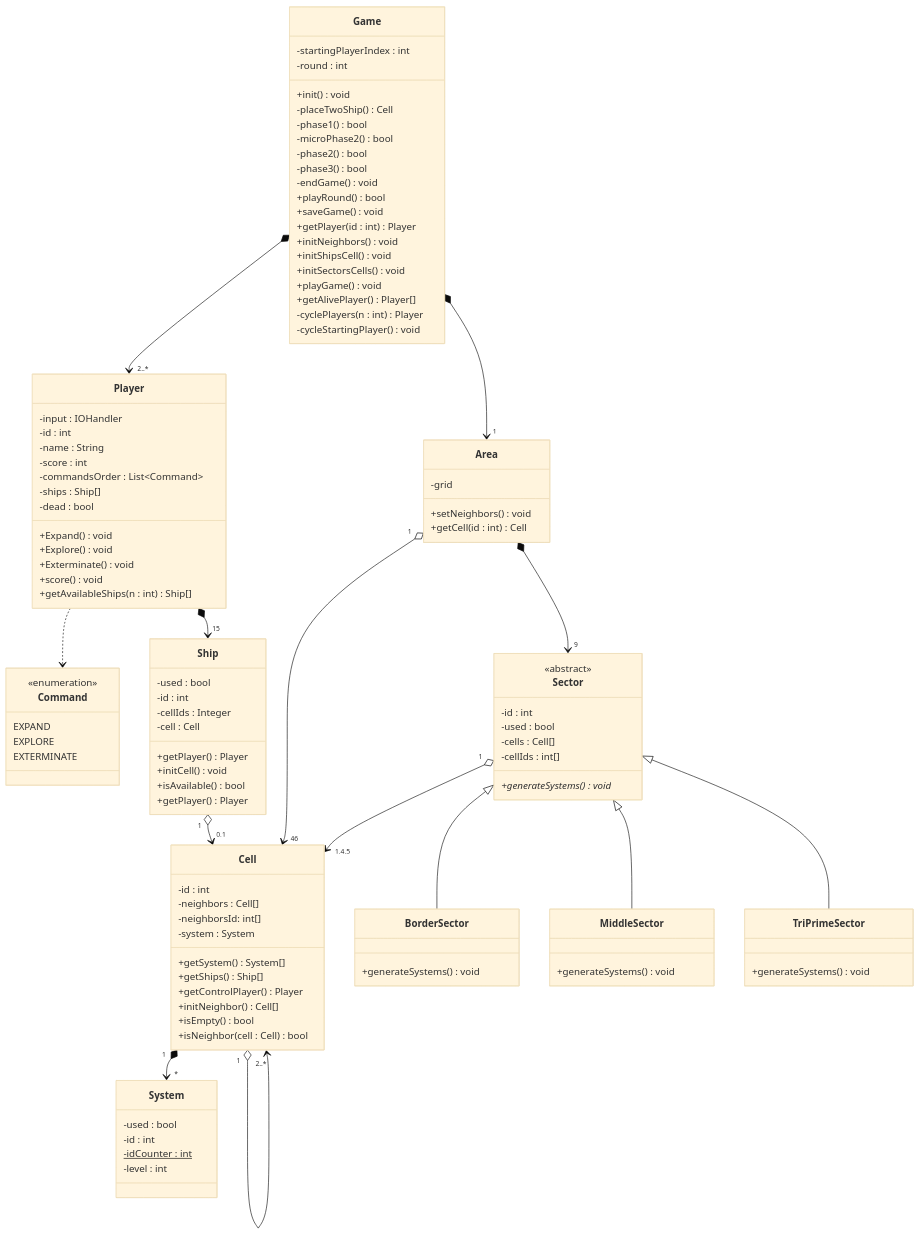
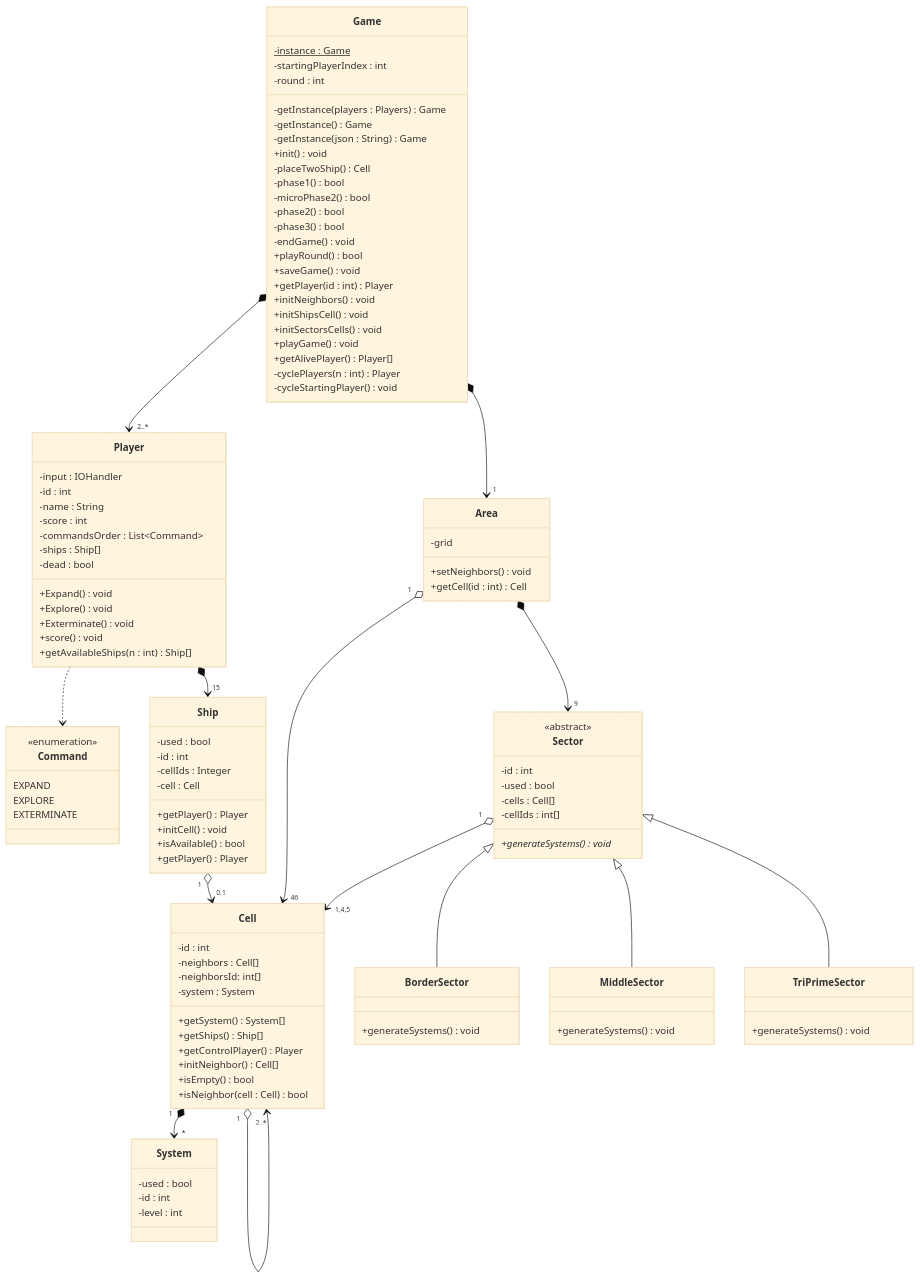
Before and after one commit to LeoCholvy/PocketImperium: the diagram in UML/class_soutenance.mermaid, drawn with Mermaid (base theme).

Commit message:
Game -> Singleton dans le diagramme de classe de la soutenance

```diff
--- a/UML/class_soutenance.mermaid
+++ b/UML/class_soutenance.mermaid
@@ -1,106 +1,109 @@
 classDiagram
     class Game {
+        -instance : Game$
+        -getInstance(players : Players) Game
+        -getInstance() Game
+        -getInstance(json : String) Game
         -startingPlayerIndex : int
         -round : int
         +init() void
         -placeTwoShip() Cell
         -phase1() bool
         -microPhase2() bool
         -phase2() bool
         -phase3() bool
         -endGame() void
         +playRound() bool
         +saveGame() void
         +getPlayer(id : int) Player
         +initNeighbors() void
         +initShipsCell() void
         +initSectorsCells() void
         +playGame() void
         +getAlivePlayer() Player[]
         -cyclePlayers(n : int) Player
         -cycleStartingPlayer() void
     }
     class Player {
         -input : IOHandler
         -id : int
         -name : String
         -score : int
         -commandsOrder : List~Command~
         -ships : Ship[]
         -dead : bool
         +Expand() void
         +Explore() void
         +Exterminate() void
         +score() void
         +getAvailableShips(n : int) Ship[]
     }
     class Command{
         <<enumeration>>
         EXPAND
         EXPLORE
         EXTERMINATE
     }
     Player ..> Command
     class Area {
         -grid
         +setNeighbors() void
         +getCell(id : int) Cell
     }
     class Sector {
         <<abstract>>
         -id : int
         -used : bool
         -cells : Cell[]
         -cellIds : int[]
         +generateSystems() void*
     }
     class BorderSector {
         +generateSystems() void
     }
     class MiddleSector {
         +generateSystems() void
     }
     class TriPrimeSector {
         +generateSystems() void
     }
     class System {
         -used : bool
         -id : int
-        -idCounter : int$
         -level : int
     }
     class Ship {
         -used : bool
         -id : int
         -cellIds : Integer
         -cell : Cell
         +getPlayer() Player
         +initCell() void
         +isAvailable() bool
         +getPlayer() Player
     }
     class Cell {
         -id : int
         -neighbors : Cell[]
         -neighborsId: int[]
         -system : System
         +getSystem() System[]
         +getShips() Ship[]
         +getControlPlayer() Player
         +initNeighbor() Cell[]
         +isEmpty() bool
         +isNeighbor(cell : Cell) bool
     }
 
     Game *--> "2..*" Player
     Game *--> "1" Area
     Area "1" o--> "46" Cell
     Sector "1" o--> "1,4,5" Cell
     Sector <|-- BorderSector
     Sector <|-- MiddleSector
     Sector <|-- TriPrimeSector
     Cell "1" *--> "*" System
     Player *--> "15" Ship
     Area *--> "9" Sector
     Ship "1" o--> "0,1" Cell
     Cell "1" o--> "2..*" Cell
```
